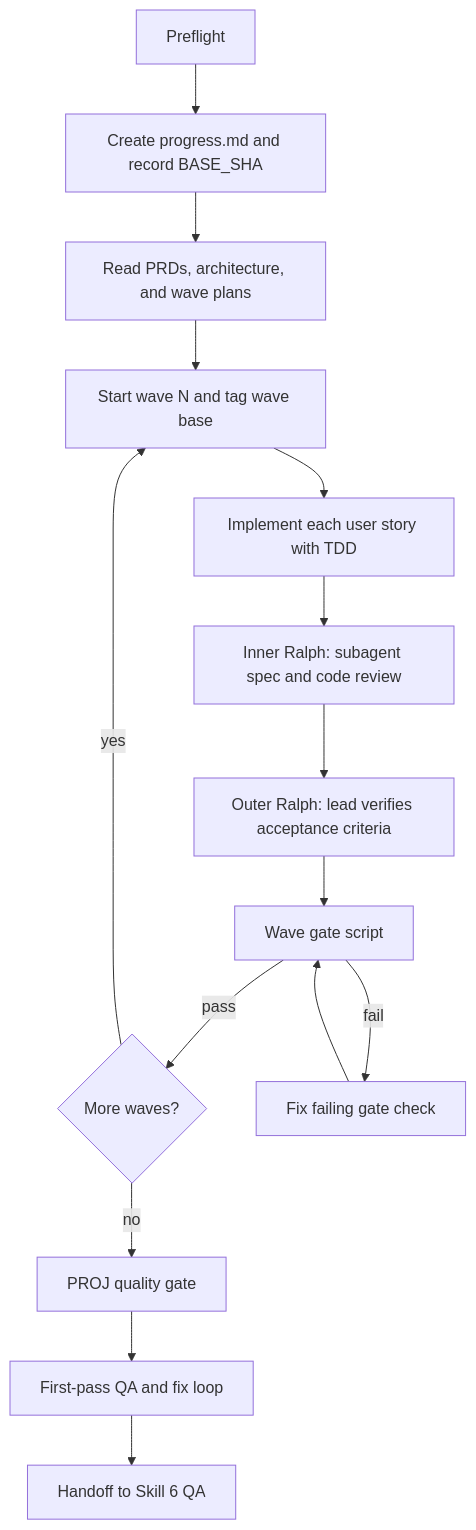
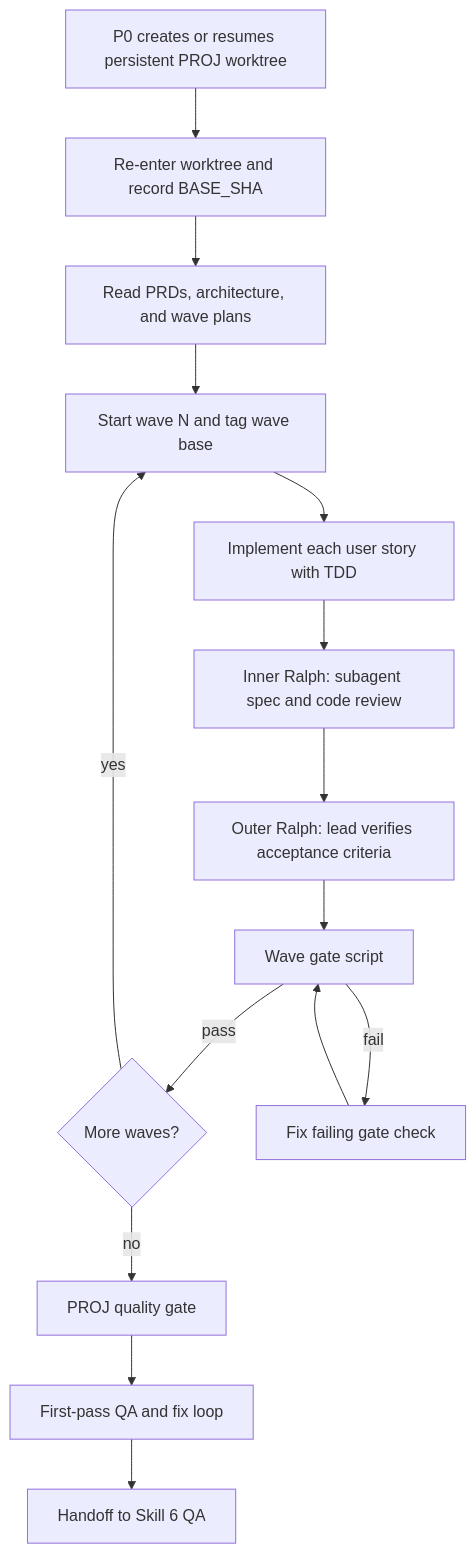
The second of 3 diagrams in docs/executing-skill.md (silviobeer/agentic-development-skill-chain), drawn with Mermaid before and after one commit. The commit also changed other lines of this file and 72 other files, not shown here.

````diff
--- a/docs/executing-skill.md
+++ b/docs/executing-skill.md
@@ -35,17 +35,17 @@
 ```mermaid
 flowchart TD
-  A[Preflight] --> B[Create progress.md and record BASE_SHA]
+  A[P0 creates or resumes persistent PROJ worktree] --> B[Re-enter worktree and record BASE_SHA]
   B --> C[Read PRDs, architecture, and wave plans]
   C --> D[Start wave N and tag wave base]
   D --> E[Implement each user story with TDD]
   E --> F[Inner Ralph: subagent spec and code review]
   F --> G[Outer Ralph: lead verifies acceptance criteria]
   G --> H[Wave gate script]
   H -->|pass| I{More waves?}
   H -->|fail| J[Fix failing gate check]
   J --> H
   I -->|yes| D
   I -->|no| K[PROJ quality gate]
   K --> L[First-pass QA and fix loop]
   L --> M[Handoff to Skill 6 QA]
 ```
````
